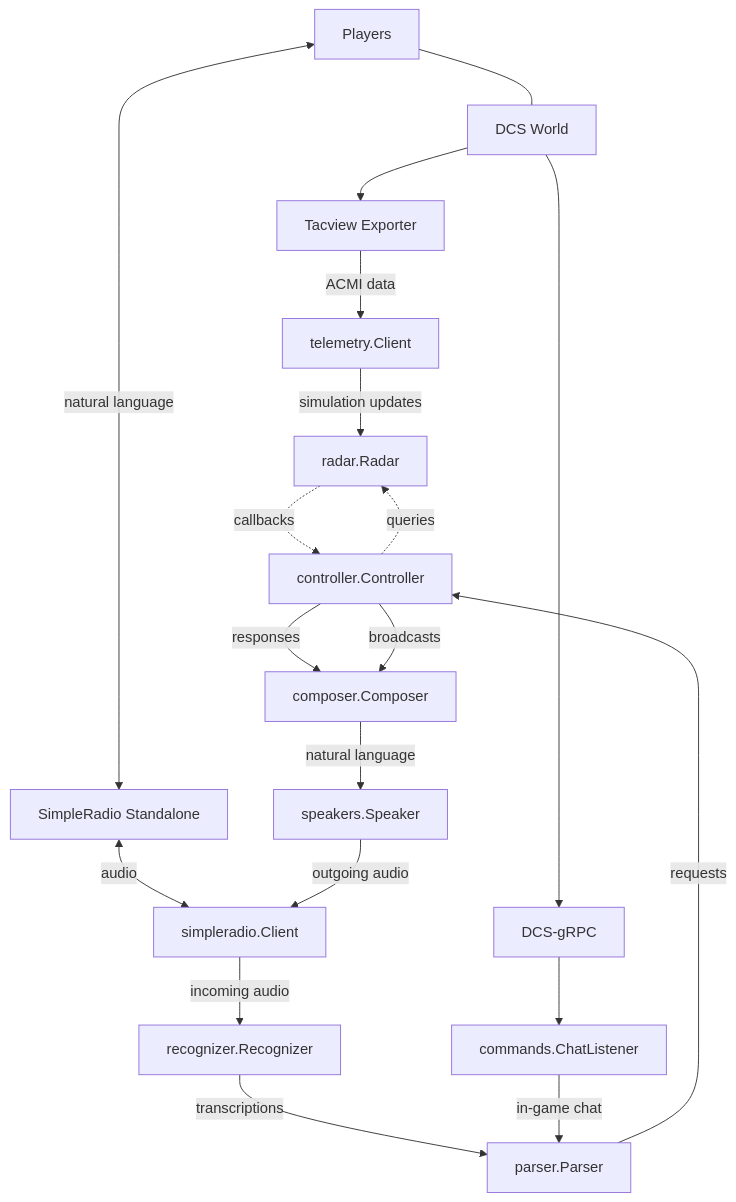
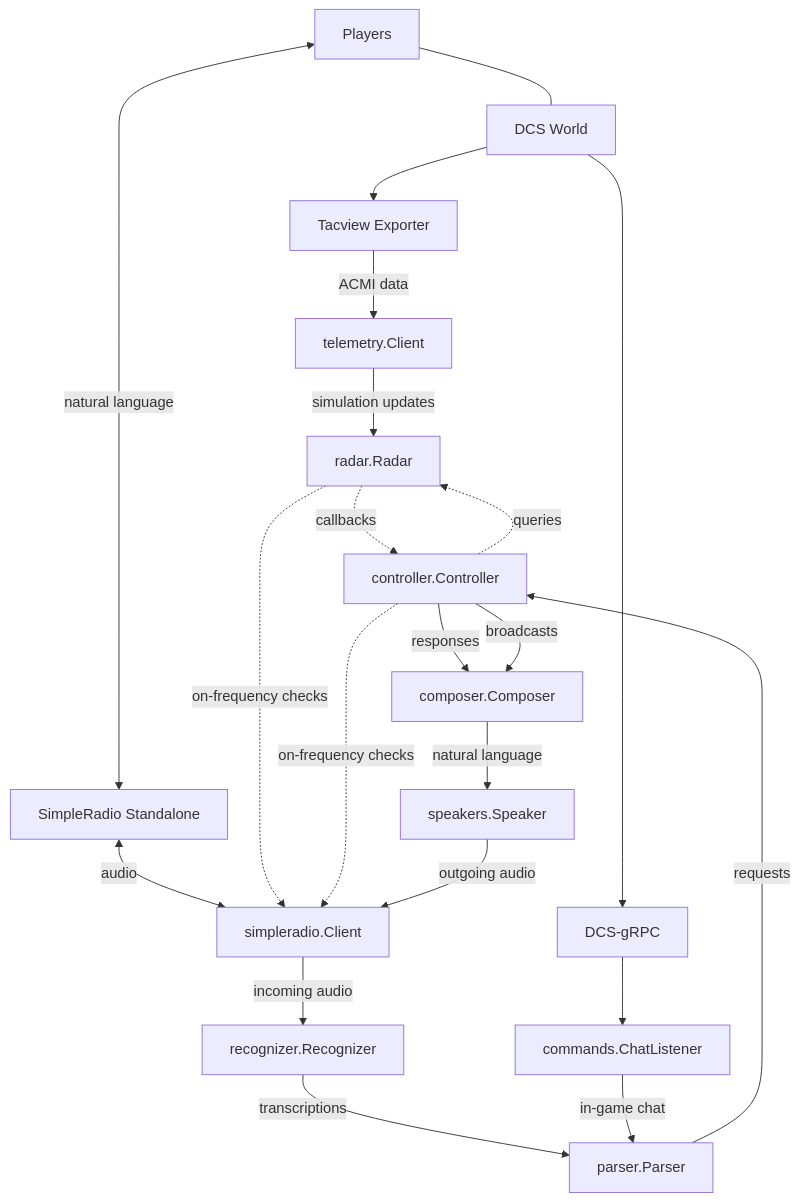
The diagram in docs/CONTRIBUTING.md (dharmab/skyeye), drawn with Mermaid before and after one commit. The commit also changed other lines of this file, not shown here.

Commit message:
Update architecture diagram to reflect current data flow (#679)
## Summary

- Add missing connections from controller and radar to
simpleradio.Client for on-frequency checks
- Add note explaining how the architecture evolved from a strict
pipeline to a more pragmatic design

🤖 Generated with [Claude Code](https://claude.com/claude-code)

---------

````diff
--- a/docs/CONTRIBUTING.md
+++ b/docs/CONTRIBUTING.md
@@ -213,13 +215,16 @@
 ```mermaid
 flowchart TD
     Players --- DCS[DCS World]
     Players <-->|natural language| SRS
-    SRS[SimpleRadio Standalone] <-->|audio| simpleradio.Client -->|incoming audio| recognizer.Recognizer -->|transcriptions| parser.Parser-->|requests| controller.Controller
+    SRS[SimpleRadio Standalone] <-->|audio| simpleradio.Client -->|incoming audio| recognizer.Recognizer -->|transcriptions| parser.Parser
     DCS --> Tacview[Tacview Exporter] -->|ACMI data| telemetry.Client -->|simulation updates| radar.Radar
+    parser.Parser -->|requests| controller.Controller
     DCS --> DCS-gRPC --> commands.ChatListener -->|in-game chat| parser.Parser
     controller.Controller .->|queries| radar.Radar
     radar.Radar .->|callbacks| controller.Controller
+    radar.Radar .->|on-frequency checks| simpleradio.Client
+    controller.Controller .->|on-frequency checks| simpleradio.Client
     controller.Controller -->|responses| composer.Composer
     controller.Controller -->|broadcasts| composer.Composer
     composer.Composer -->|natural language| speakers.Speaker -->|outgoing audio| simpleradio.Client
 ```
````
